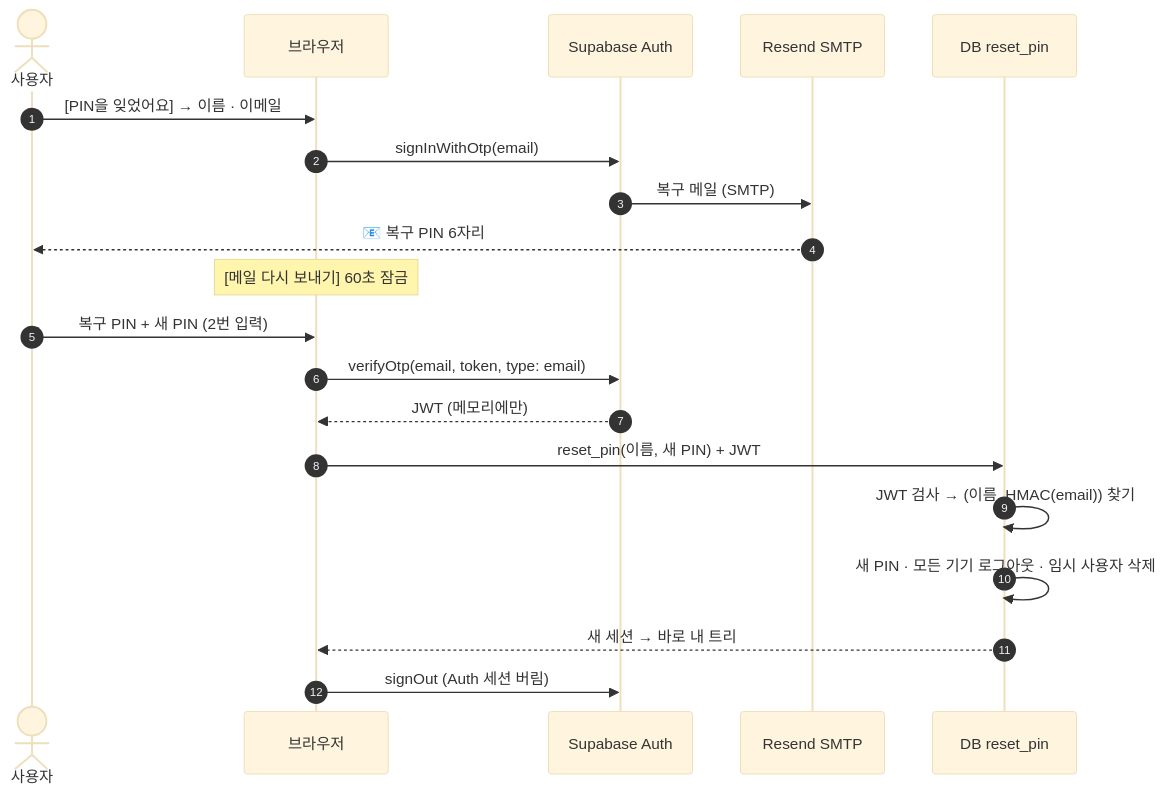
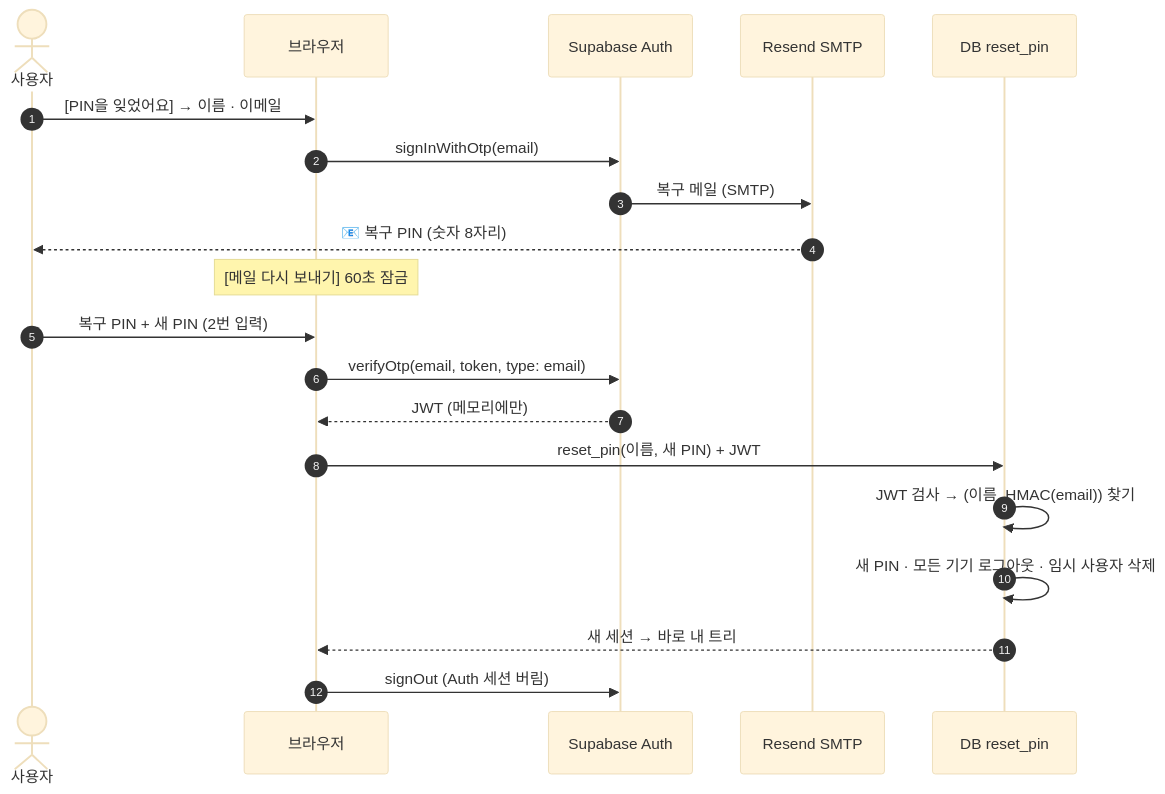
The third of 4 diagrams in README.md (dae-won-kim/code-christmas-tree), drawn with Mermaid (base theme) before and after one commit. The commit also changed other lines of this file and 9 other files, not shown here.

````diff
--- a/README.md
+++ b/README.md
@@ -215,22 +215,22 @@
 ```mermaid
 sequenceDiagram
   autonumber
   actor U as 사용자
   participant B as 브라우저
   participant A as Supabase Auth
   participant R as Resend SMTP
   participant D as DB reset_pin
   U->>B: [PIN을 잊었어요] → 이름 · 이메일
   B->>A: signInWithOtp(email)
   A->>R: 복구 메일 (SMTP)
-  R-->>U: 📧 복구 PIN 6자리
+  R-->>U: 📧 복구 PIN (숫자 8자리)
   Note over B: [메일 다시 보내기] 60초 잠금
   U->>B: 복구 PIN + 새 PIN (2번 입력)
   B->>A: verifyOtp(email, token, type: email)
   A-->>B: JWT (메모리에만)
   B->>D: reset_pin(이름, 새 PIN) + JWT
   D->>D: JWT 검사 → (이름, HMAC(email)) 찾기
   D->>D: 새 PIN · 모든 기기 로그아웃 · 임시 사용자 삭제
   D-->>B: 새 세션 → 바로 내 트리
   B->>A: signOut (Auth 세션 버림)
 ```
````
